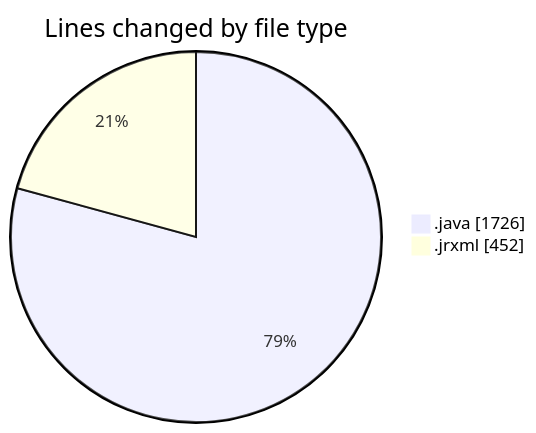
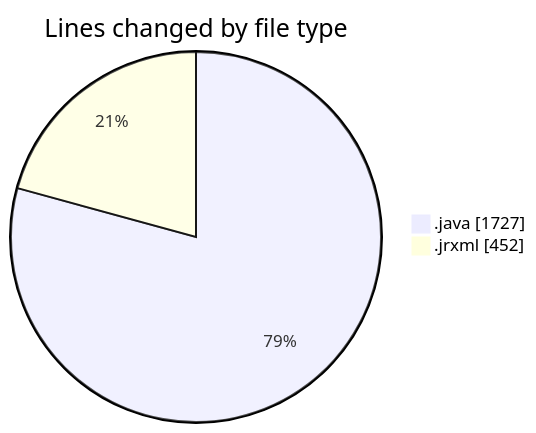
The first of 2 diagrams in 2026-04-22/cilapp/README.md (ricardozamudiocil/code-tracking), drawn with Mermaid before and after one commit. The commit also changed other lines of this file and 1 other file, not shown here.

````diff
--- a/2026-04-22/cilapp/README.md
+++ b/2026-04-22/cilapp/README.md
@@ -21,6 +22,6 @@
 ```mermaid
 pie showData
 title Lines changed by file type
-".java" : 1726
+".java" : 1727
 ".jrxml" : 452
 ```
````
